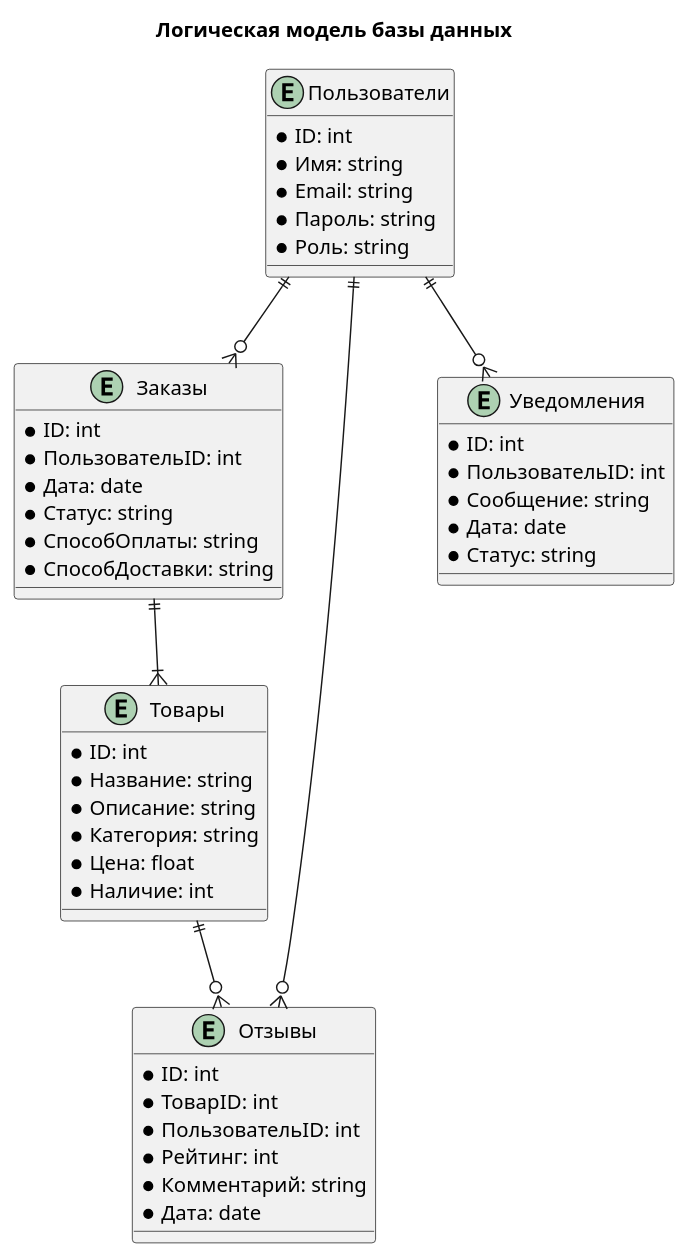
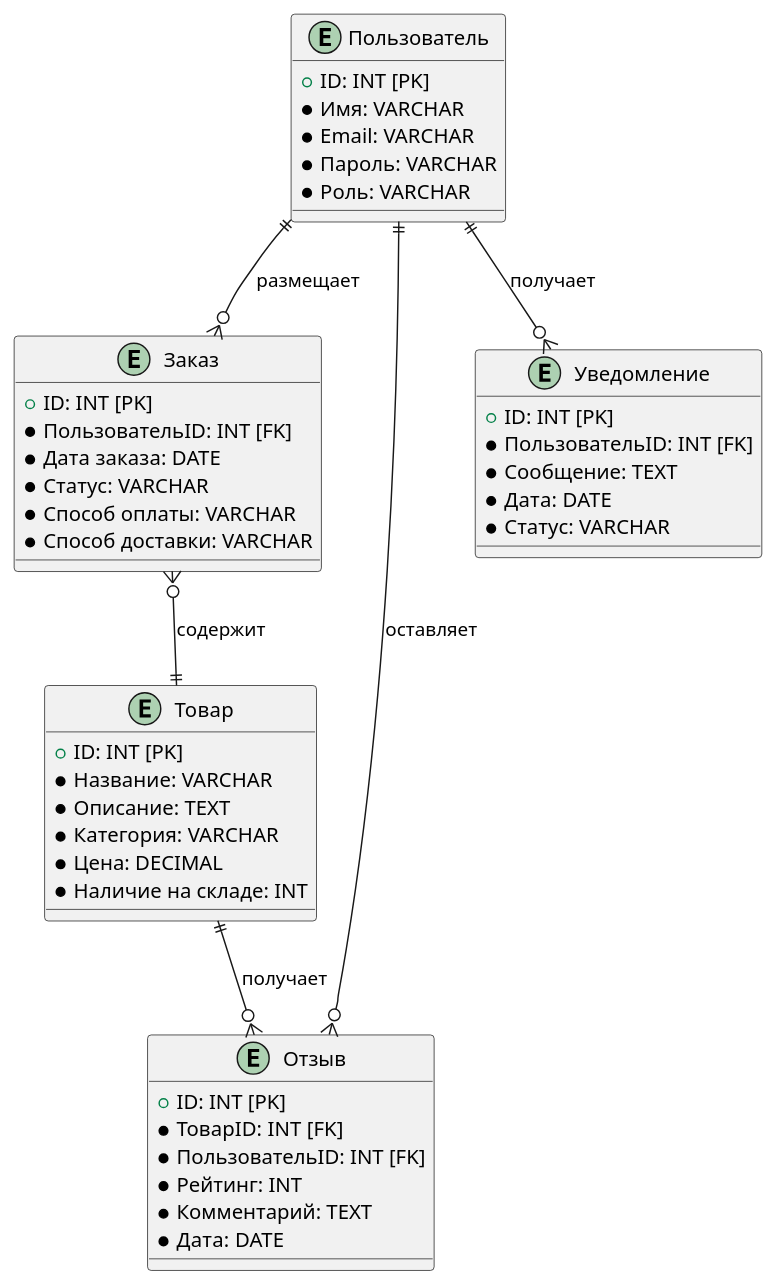
Before and after one commit to TeraGigaByte/internet-shop-project: the diagram in data-architecture/er-diagram.puml, drawn with PlantUML.

```diff
--- a/data-architecture/er-diagram.puml
+++ b/data-architecture/er-diagram.puml
@@ -1,53 +1,50 @@
 @startuml
-title Логическая модель базы данных
-
-entity Пользователи {
-  * ID: int
-  * Имя: string
-  * Email: string
-  * Пароль: string
-  * Роль: string
+entity "Пользователь" {
+    + ID: INT [PK]
+    * Имя: VARCHAR
+    * Email: VARCHAR
+    * Пароль: VARCHAR
+    * Роль: VARCHAR
 }
 
-entity Товары {
-  * ID: int
-  * Название: string
-  * Описание: string
-  * Категория: string
-  * Цена: float
-  * Наличие: int
+entity "Товар" {
+    + ID: INT [PK]
+    * Название: VARCHAR
+    * Описание: TEXT
+    * Категория: VARCHAR
+    * Цена: DECIMAL
+    * Наличие на складе: INT
 }
 
-entity Заказы {
-  * ID: int
-  * ПользовательID: int
-  * Дата: date
-  * Статус: string
-  * СпособОплаты: string
-  * СпособДоставки: string
+entity "Заказ" {
+    + ID: INT [PK]
+    * ПользовательID: INT [FK]
+    * Дата заказа: DATE
+    * Статус: VARCHAR
+    * Способ оплаты: VARCHAR
+    * Способ доставки: VARCHAR
 }
 
-entity Отзывы {
-  * ID: int
-  * ТоварID: int
-  * ПользовательID: int
-  * Рейтинг: int
-  * Комментарий: string
-  * Дата: date
+entity "Отзыв" {
+    + ID: INT [PK]
+    * ТоварID: INT [FK]
+    * ПользовательID: INT [FK]
+    * Рейтинг: INT
+    * Комментарий: TEXT
+    * Дата: DATE
 }
 
-entity Уведомления {
-  * ID: int
-  * ПользовательID: int
-  * Сообщение: string
-  * Дата: date
-  * Статус: string
+entity "Уведомление" {
+    + ID: INT [PK]
+    * ПользовательID: INT [FK]
+    * Сообщение: TEXT
+    * Дата: DATE
+    * Статус: VARCHAR
 }
 
-Пользователи ||--o{ Заказы
-Пользователи ||--o{ Отзывы
-Пользователи ||--o{ Уведомления
-Товары ||--o{ Отзывы
-Заказы ||--|{ Товары
-
+Пользователь ||--o{ Заказ : "размещает"
+Пользователь ||--o{ Отзыв : "оставляет"
+Пользователь ||--o{ Уведомление : "получает"
+Товар ||--o{ Отзыв : "получает"
+Заказ }o--|| Товар : "содержит"
 @enduml
```
